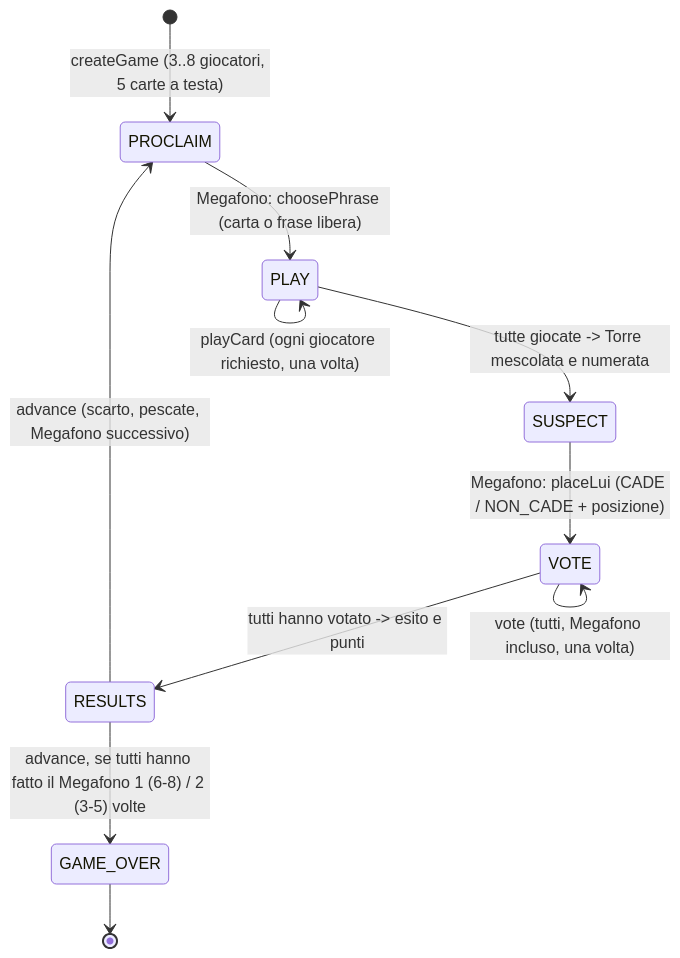
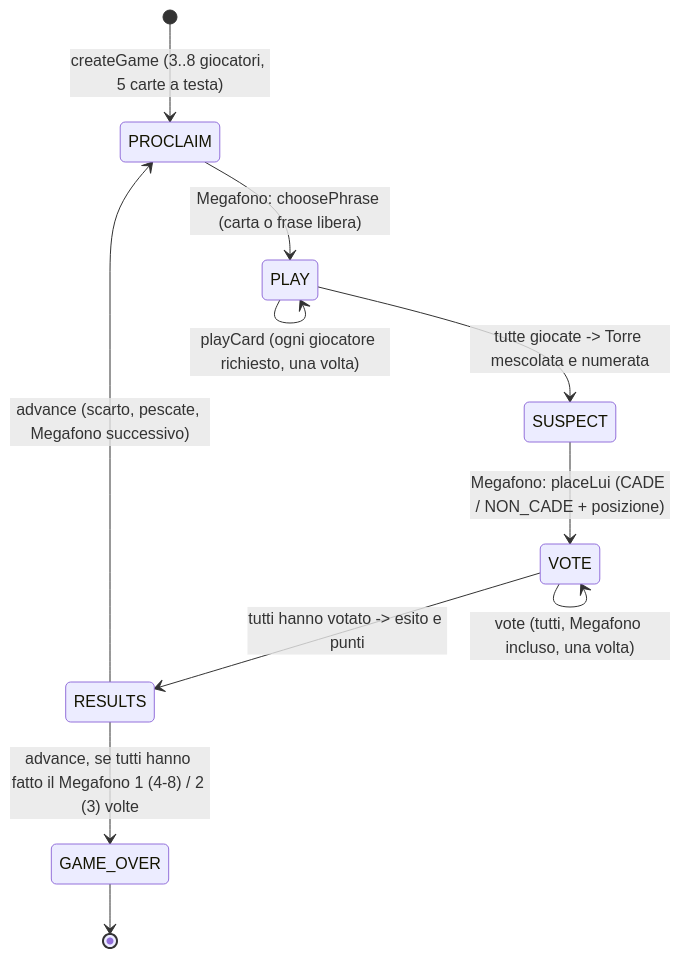
One commit to Mzungu76/giudallatorre changed the diagram in docs/GAME_FLOW.md. Above: the diagram before and after it, drawn with Mermaid. The commit also changed 10 other files, not shown here.

````diff
--- a/docs/GAME_FLOW.md
+++ b/docs/GAME_FLOW.md
@@ -5,13 +5,13 @@
 ```mermaid
 stateDiagram-v2
   [*] --> PROCLAIM: createGame (3..8 giocatori, 5 carte a testa)
   PROCLAIM --> PLAY: Megafono: choosePhrase (carta o frase libera)
   PLAY --> PLAY: playCard (ogni giocatore richiesto, una volta)
   PLAY --> SUSPECT: tutte giocate -> Torre mescolata e numerata
   SUSPECT --> VOTE: Megafono: placeLui (CADE / NON_CADE + posizione)
   VOTE --> VOTE: vote (tutti, Megafono incluso, una volta)
   VOTE --> RESULTS: tutti hanno votato -> esito e punti
   RESULTS --> PROCLAIM: advance (scarto, pescate, Megafono successivo)
-  RESULTS --> GAME_OVER: advance, se tutti hanno fatto il Megafono 1 (6-8) / 2 (3-5) volte
+  RESULTS --> GAME_OVER: advance, se tutti hanno fatto il Megafono 1 (4-8) / 2 (3) volte
   GAME_OVER --> [*]
 ```
````
